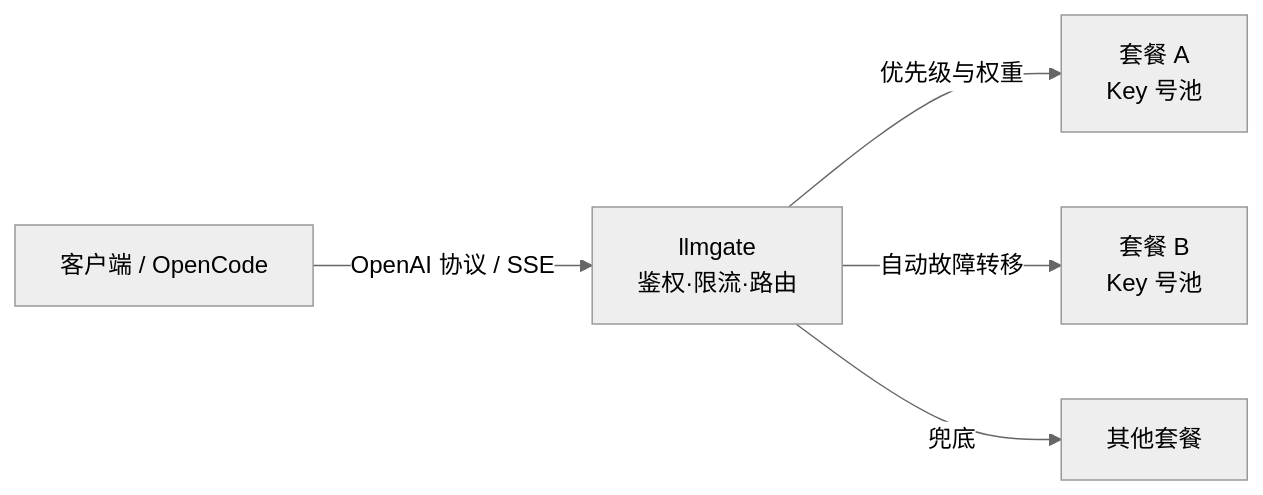
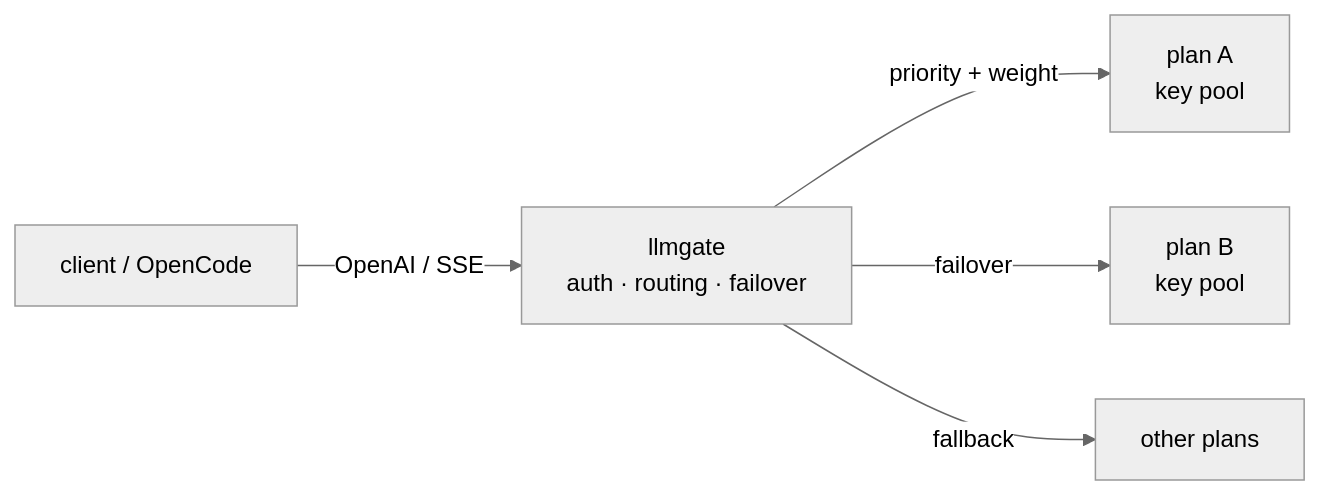
Before and after one commit to zetatez/llmgate: the diagram in README.md, drawn with Mermaid (neutral theme). The commit also changed other lines of this file and 6 other files, not shown here.

````diff
--- a/README.md
+++ b/README.md
@@ -5,7 +5,7 @@
 ```mermaid
 graph LR
-  C["客户端 / OpenCode"] -->|OpenAI 协议 / SSE| G["llmgate<br/>鉴权·限流·路由"]
-  G -->|优先级与权重| A["套餐 A<br/>Key 号池"]
-  G -->|自动故障转移| B["套餐 B<br/>Key 号池"]
-  G -->|兜底| N["其他套餐"]
+  C["client / OpenCode"] -->|OpenAI / SSE| G["llmgate<br/>auth · routing · failover"]
+  G -->|priority + weight| A["plan A<br/>key pool"]
+  G -->|failover| B["plan B<br/>key pool"]
+  G -->|fallback| N["other plans"]
 ```
````
